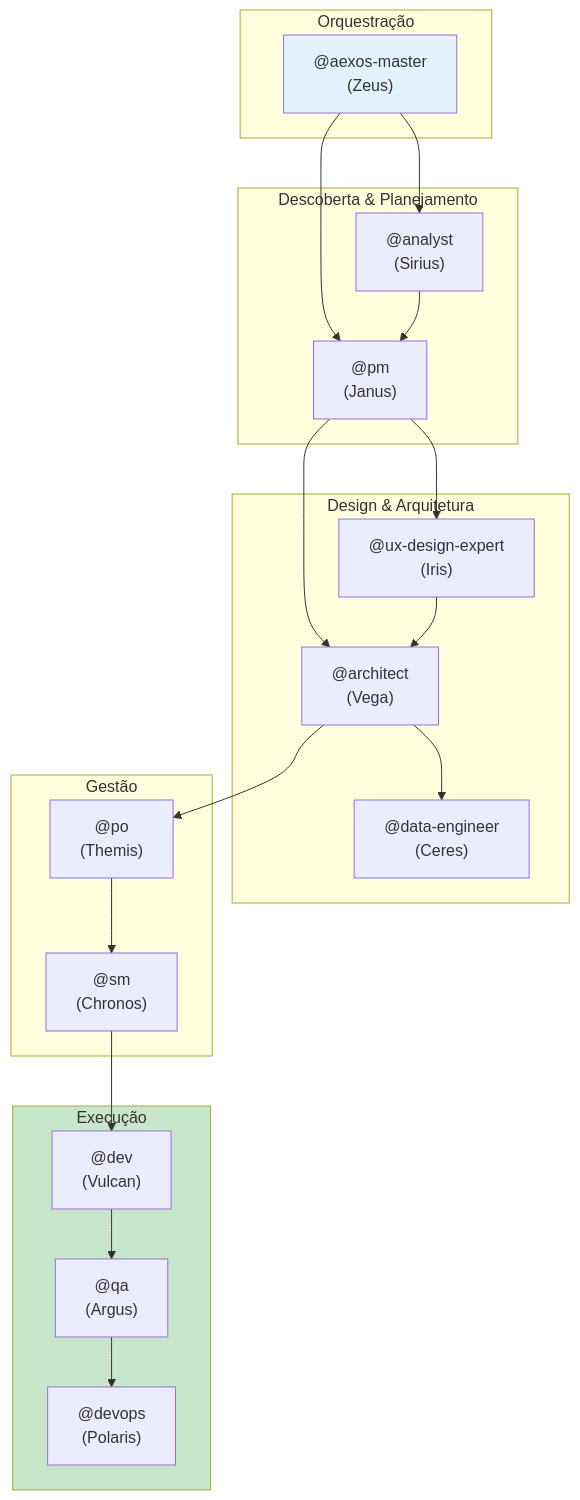
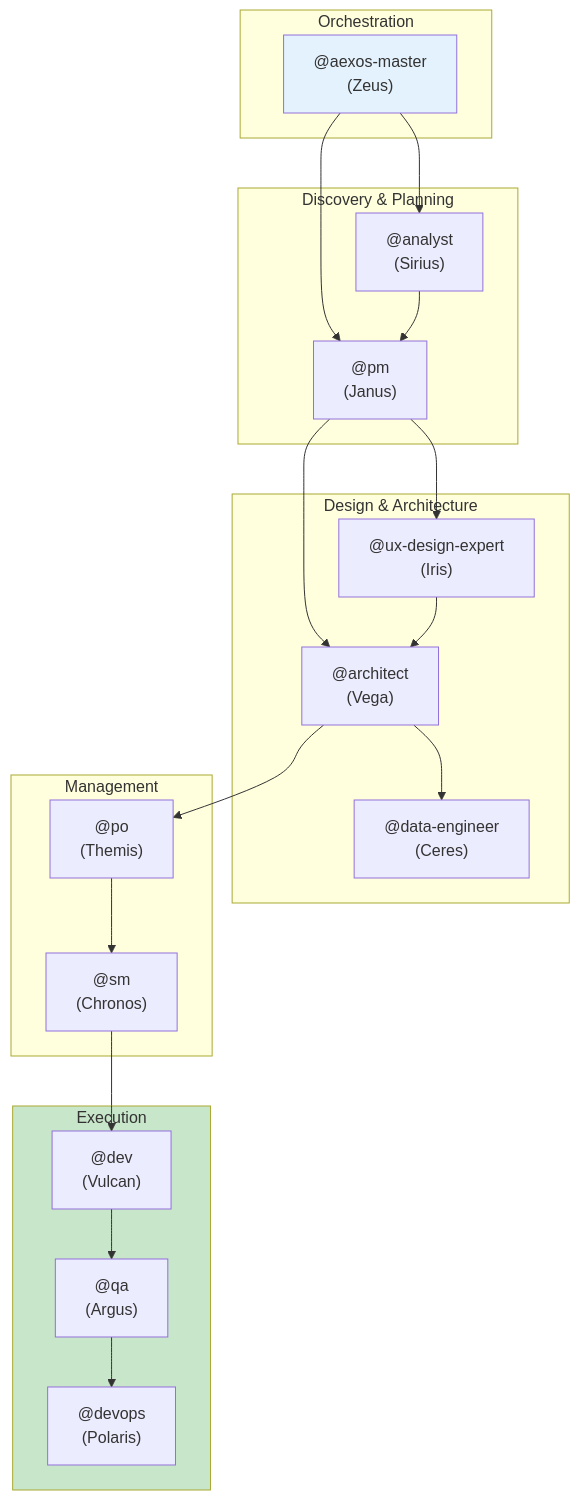
Before and after one commit to CyryxLabs/AEXOS: the diagram in docs/aexos-agent-flows/README.md, drawn with Mermaid. The commit also changed other lines of this file and 528 other files, not shown here.

````diff
--- a/docs/aexos-agent-flows/README.md
+++ b/docs/aexos-agent-flows/README.md
@@ -98,44 +96,44 @@
 ```mermaid
 flowchart TB
-    subgraph ORCHESTRATION["Orquestração"]
+    subgraph ORCHESTRATION["Orchestration"]
         MASTER["@aexos-master\n(Zeus)"]
     end
 
-    subgraph DISCOVERY["Descoberta & Planejamento"]
+    subgraph DISCOVERY["Discovery & Planning"]
         ANALYST["@analyst\n(Sirius)"]
         PM["@pm\n(Janus)"]
     end
 
-    subgraph DESIGN["Design & Arquitetura"]
+    subgraph DESIGN["Design & Architecture"]
         ARCHITECT["@architect\n(Vega)"]
         UX["@ux-design-expert\n(Iris)"]
         DATA["@data-engineer\n(Ceres)"]
     end
 
-    subgraph MANAGEMENT["Gestão"]
+    subgraph MANAGEMENT["Management"]
         PO["@po\n(Themis)"]
         SM["@sm\n(Chronos)"]
     end
 
-    subgraph EXECUTION["Execução"]
+    subgraph EXECUTION["Execution"]
         DEV["@dev\n(Vulcan)"]
         QA["@qa\n(Argus)"]
         DEVOPS["@devops\n(Polaris)"]
     end
 
     MASTER --> ANALYST
     MASTER --> PM
     ANALYST --> PM
     PM --> UX
     PM --> ARCHITECT
     UX --> ARCHITECT
     ARCHITECT --> DATA
     ARCHITECT --> PO
     PO --> SM
     SM --> DEV
     DEV --> QA
     QA --> DEVOPS
 
     style MASTER fill:#e3f2fd
     style EXECUTION fill:#c8e6c9
 ```
````
